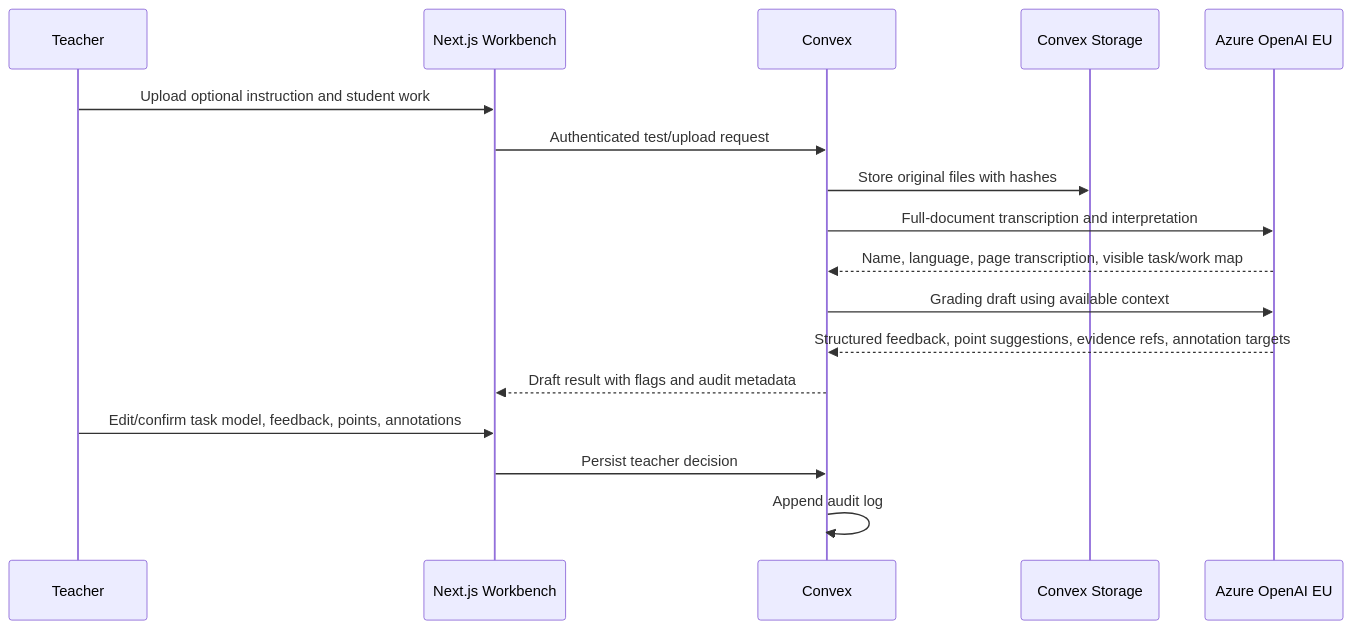
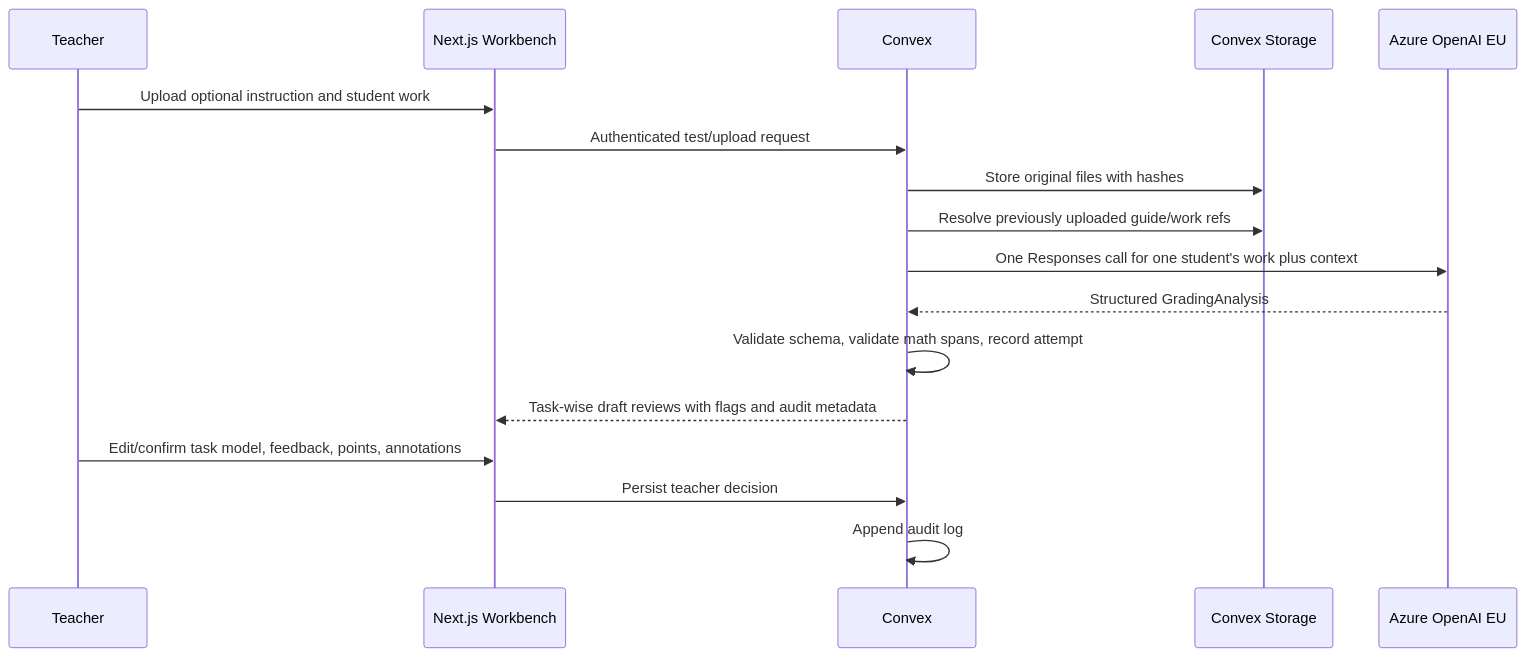
The third of 3 diagrams in docs/architecture/system-model.md (PunanePastakas/redpen), drawn with Mermaid before and after one commit. The commit also changed other lines of this file and 32 other files, not shown here.

Commit message:
feat: streamline grading analysis workflow

````diff
--- a/docs/architecture/system-model.md
+++ b/docs/architecture/system-model.md
@@ -275,20 +275,20 @@
 ```mermaid
 sequenceDiagram
   participant T as Teacher
   participant UI as Next.js Workbench
   participant C as Convex
   participant S as Convex Storage
   participant A as Azure OpenAI EU
 
   T->>UI: Upload optional instruction and student work
   UI->>C: Authenticated test/upload request
   C->>S: Store original files with hashes
-  C->>A: Full-document transcription and interpretation
-  A-->>C: Name, language, page transcription, visible task/work map
-  C->>A: Grading draft using available context
-  A-->>C: Structured feedback, point suggestions, evidence refs, annotation targets
-  C-->>UI: Draft result with flags and audit metadata
+  C->>S: Resolve previously uploaded guide/work refs
+  C->>A: One Responses call for one student's work plus context
+  A-->>C: Structured GradingAnalysis
+  C->>C: Validate schema, validate math spans, record attempt
+  C-->>UI: Task-wise draft reviews with flags and audit metadata
   T->>UI: Edit/confirm task model, feedback, points, annotations
   UI->>C: Persist teacher decision
   C->>C: Append audit log
 ```
````
